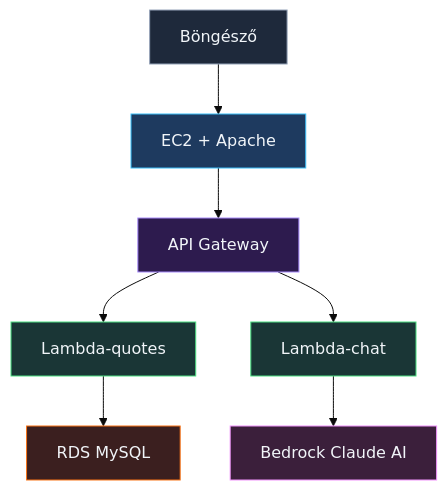
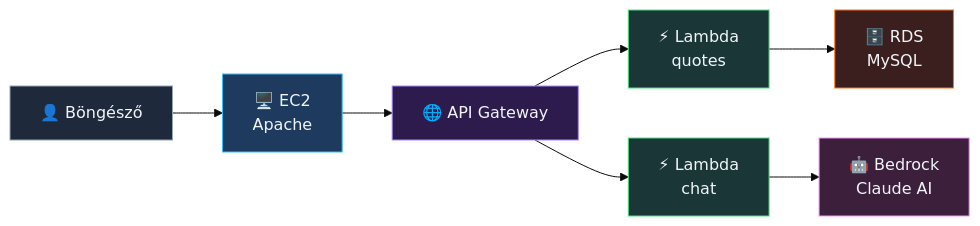
The diagram in README.md (cloudsteak/trn-aws-workshop), drawn with Mermaid (base theme) before and after one commit. The commit also changed other lines of this file, not shown here.

Commit message:
fix: Update README for clarity and consistency, enhance architecture diagram, and add health check endpoints

````diff
--- a/README.md
+++ b/README.md
@@ -10,25 +10,25 @@
 ```mermaid
-graph TD
-    Browser["Böngésző"]
-    EC2["EC2 + Apache"]
-    APIGW["API Gateway"]
-    LambdaQ["Lambda-quotes"]
-    LambdaC["Lambda-chat"]
-    RDS["RDS MySQL"]
-    Bedrock["Bedrock Claude AI"]
+graph LR
+    Browser["👤 Böngésző"]
+    EC2["🖥️ EC2<br/>Apache"]
+    APIGW["🌐 API Gateway"]
+    LambdaQ["⚡ Lambda<br/>quotes"]
+    LambdaC["⚡ Lambda<br/>chat"]
+    RDS["🗄️ RDS<br/>MySQL"]
+    Bedrock["🤖 Bedrock<br/>Claude AI"]
 
     Browser --> EC2
     EC2 --> APIGW
     APIGW --> LambdaQ
     APIGW --> LambdaC
     LambdaQ --> RDS
     LambdaC --> Bedrock
 
     style Browser fill:#1e293b,stroke:#94a3b8,color:#f1f5f9
     style EC2 fill:#1e3a5f,stroke:#38bdf8,color:#f1f5f9
     style APIGW fill:#2d1b4e,stroke:#a78bfa,color:#f1f5f9
     style LambdaQ fill:#1a3636,stroke:#4ade80,color:#f1f5f9
     style LambdaC fill:#1a3636,stroke:#4ade80,color:#f1f5f9
     style RDS fill:#3b1f1f,stroke:#f97316,color:#f1f5f9
     style Bedrock fill:#3b1f3b,stroke:#f093fb,color:#f1f5f9
 ```
````
